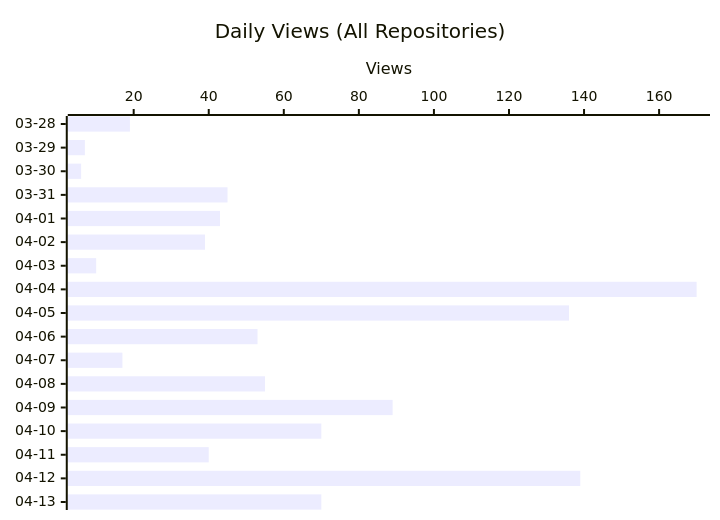
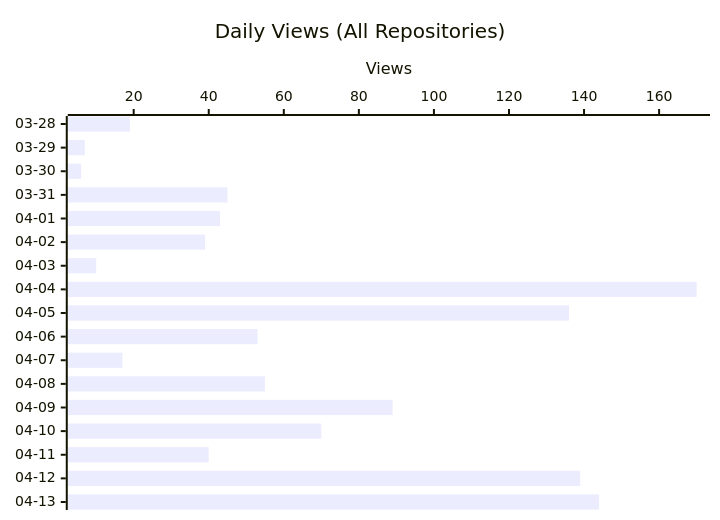
Before and after one commit to shigechika/github-insights: the second of 3 diagrams in README.md, drawn with Mermaid. The commit also changed other lines of this file and 1 other file, not shown here.

````diff
--- a/README.md
+++ b/README.md
@@ -22,7 +22,7 @@
 ```mermaid
 xychart-beta horizontal
     title "Daily Views (All Repositories)"
     x-axis ["03-28", "03-29", "03-30", "03-31", "04-01", "04-02", "04-03", "04-04", "04-05", "04-06", "04-07", "04-08", "04-09", "04-10", "04-11", "04-12", "04-13"]
     y-axis "Views"
-    bar [19, 7, 6, 45, 43, 39, 10, 170, 136, 53, 17, 55, 89, 70, 40, 139, 70]
+    bar [19, 7, 6, 45, 43, 39, 10, 170, 136, 53, 17, 55, 89, 70, 40, 139, 144]
 ```
````
